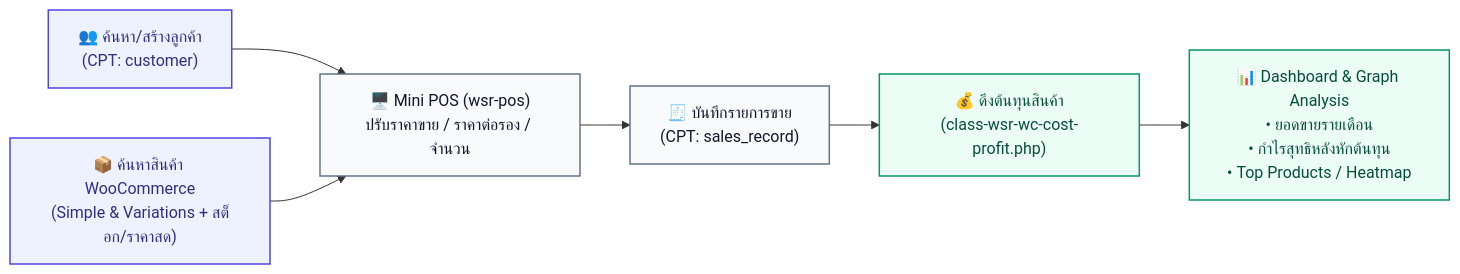
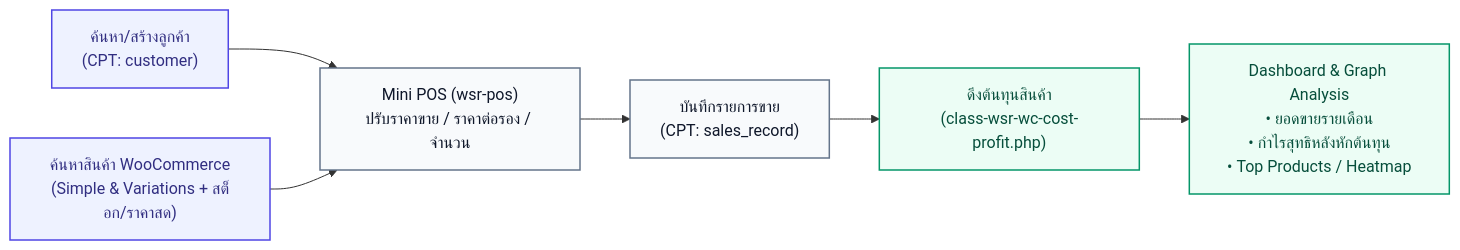
One commit to apkgap/raka-gadget changed the third of 4 diagrams in README.md. Above: the diagram before and after it, drawn with Mermaid. The commit also changed other lines of this file and 1 other file, not shown here.

Commit message:
docs: remove emojis from markdown diagrams and headings

````diff
--- a/README.md
+++ b/README.md
@@ -80,16 +80,16 @@
 ```mermaid
 flowchart LR
     classDef source fill:#EEF2FF,stroke:#4F46E5,stroke-width:1.5px,color:#312E81;
     classDef process fill:#F8FAFC,stroke:#64748B,stroke-width:1.5px,color:#0F172A;
     classDef calc fill:#ECFDF5,stroke:#059669,stroke-width:1.5px,color:#064E3B;
 
-    Cust["👥 ค้นหา/สร้างลูกค้า<br/>(CPT: customer)"]:::source
-    Prod["📦 ค้นหาสินค้า WooCommerce<br/>(Simple & Variations + สต็อก/ราคาสด)"]:::source
+    Cust["ค้นหา/สร้างลูกค้า<br/>(CPT: customer)"]:::source
+    Prod["ค้นหาสินค้า WooCommerce<br/>(Simple & Variations + สต็อก/ราคาสด)"]:::source
 
-    Cust --> POS["🖥️ Mini POS (wsr-pos)<br/>ปรับราคาขาย / ราคาต่อรอง / จำนวน"]:::process
+    Cust --> POS["Mini POS (wsr-pos)<br/>ปรับราคาขาย / ราคาต่อรอง / จำนวน"]:::process
     Prod --> POS
 
-    POS --> Record["🧾 บันทึกรายการขาย<br/>(CPT: sales_record)"]:::process
-    Record --> Cost["💰 ดึงต้นทุนสินค้า<br/>(class-wsr-wc-cost-profit.php)"]:::calc
-    Cost --> Analytics["📊 Dashboard & Graph Analysis<br/>• ยอดขายรายเดือน<br/>• กำไรสุทธิหลังหักต้นทุน<br/>• Top Products / Heatmap"]:::calc
+    POS --> Record["บันทึกรายการขาย<br/>(CPT: sales_record)"]:::process
+    Record --> Cost["ดึงต้นทุนสินค้า<br/>(class-wsr-wc-cost-profit.php)"]:::calc
+    Cost --> Analytics["Dashboard & Graph Analysis<br/>• ยอดขายรายเดือน<br/>• กำไรสุทธิหลังหักต้นทุน<br/>• Top Products / Heatmap"]:::calc
 ```
````
